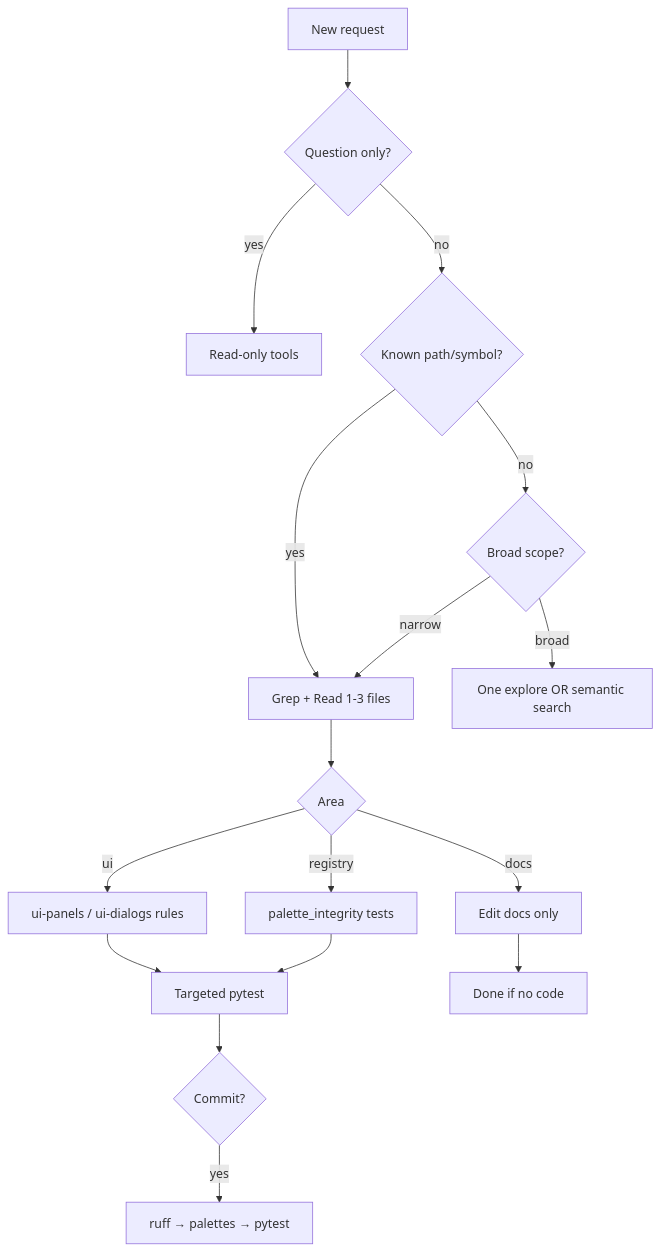
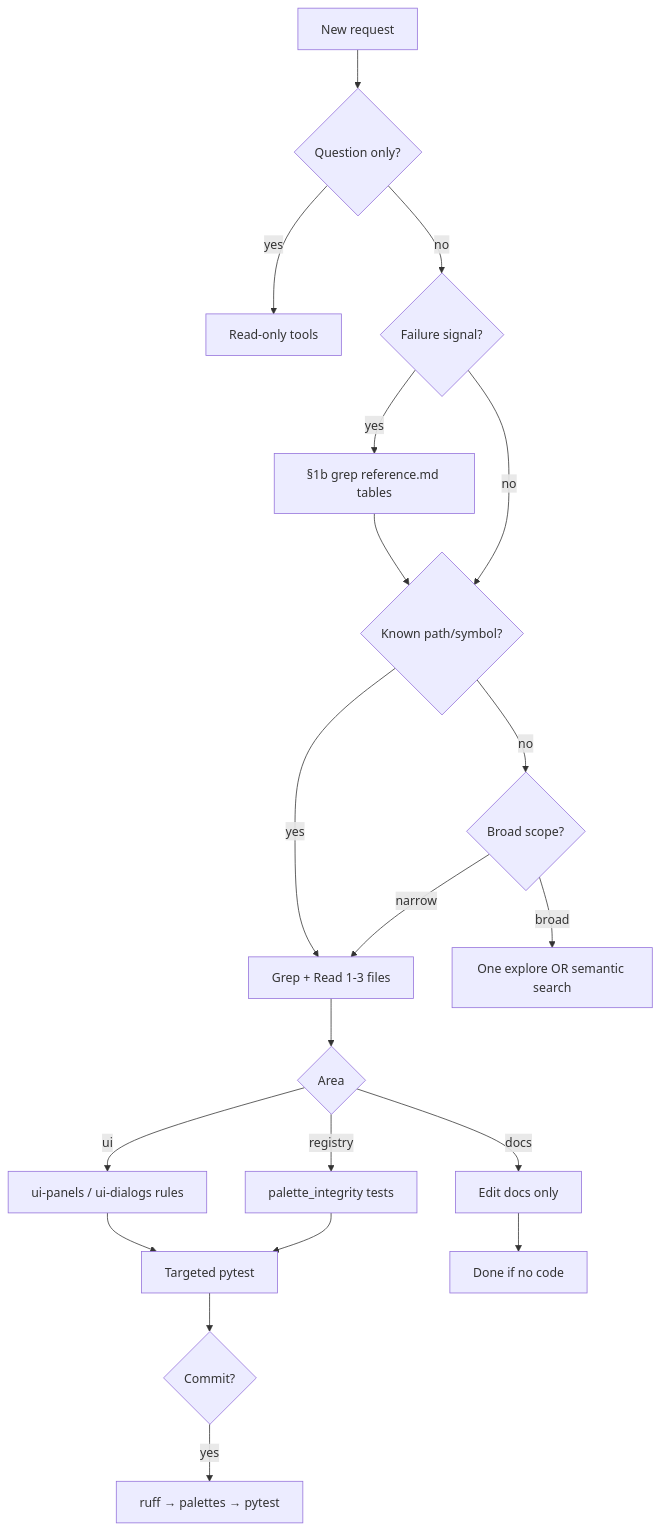
The diagram in .cursor/skills/agent-triage/reference.md (leafCreations/schematics), drawn with Mermaid before and after one commit. The commit also changed other lines of this file and 22 other files, not shown here.

````diff
--- a/.cursor/skills/agent-triage/reference.md
+++ b/.cursor/skills/agent-triage/reference.md
@@ -80,19 +109,22 @@
 ```mermaid
 flowchart TD
   A[New request] --> B{Question only?}
   B -->|yes| C[Read-only tools]
-  B -->|no| D{Known path/symbol?}
-  D -->|yes| E[Grep + Read 1-3 files]
-  D -->|no| F{Broad scope?}
-  F -->|narrow| E
-  F -->|broad| G[One explore OR semantic search]
-  E --> H{Area}
-  H -->|ui| I[ui-panels / ui-dialogs rules]
-  H -->|registry| J[palette_integrity tests]
-  H -->|docs| K[Edit docs only]
-  I --> L[Targeted pytest]
-  J --> L
-  K --> M[Done if no code]
-  L --> N{Commit?}
-  N -->|yes| O[ruff → palettes → pytest]
+  B -->|no| D{Failure signal?}
+  D -->|yes| P[§1b grep reference.md tables]
+  P --> E
+  D -->|no| E{Known path/symbol?}
+  E -->|yes| F[Grep + Read 1-3 files]
+  E -->|no| G{Broad scope?}
+  G -->|narrow| F
+  G -->|broad| H[One explore OR semantic search]
+  F --> I{Area}
+  I -->|ui| J[ui-panels / ui-dialogs rules]
+  I -->|registry| K[palette_integrity tests]
+  I -->|docs| L[Edit docs only]
+  J --> M[Targeted pytest]
+  K --> M
+  L --> N[Done if no code]
+  M --> O{Commit?}
+  O -->|yes| Q[ruff → palettes → pytest]
 ```
````
